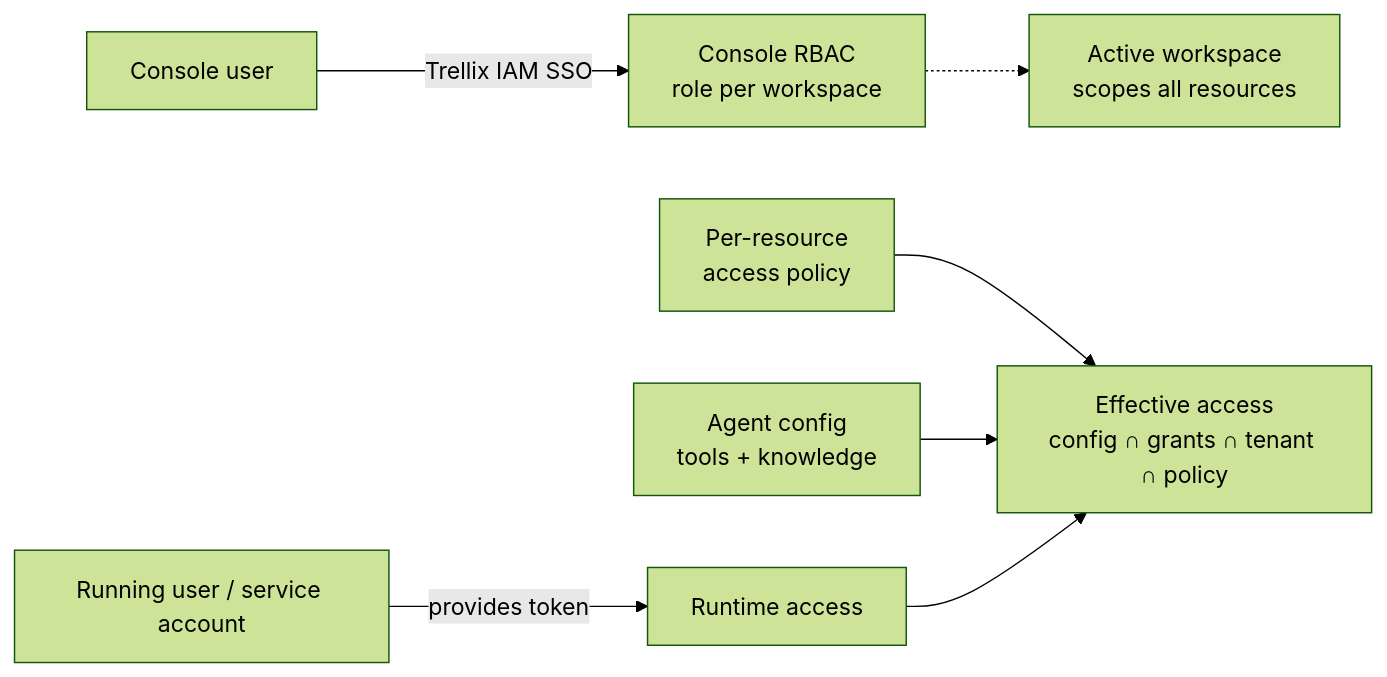
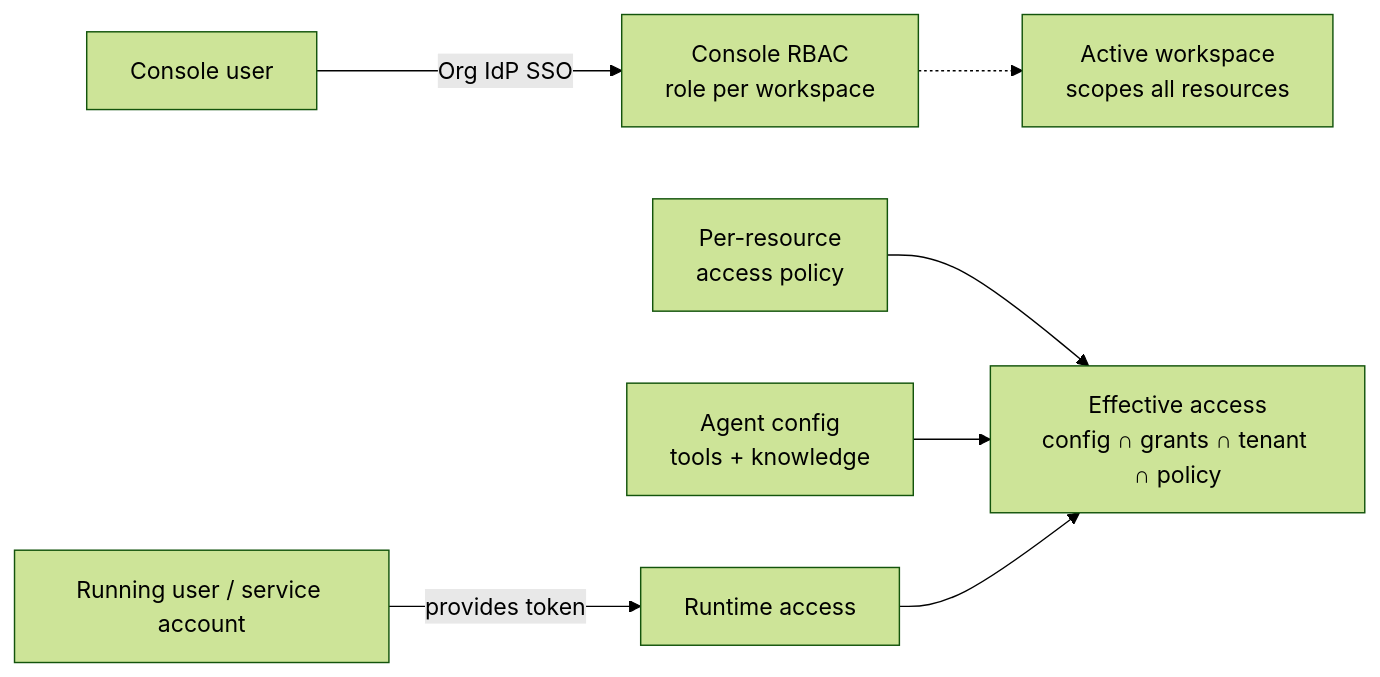
Before and after one commit to gargraman/agent-catalyst: the first of 2 diagrams in docs/frontend-auth-access-plan.md, drawn with Mermaid (forest theme). The commit also changed other lines of this file and 7 other files, not shown here.

````diff
--- a/docs/frontend-auth-access-plan.md
+++ b/docs/frontend-auth-access-plan.md
@@ -52,9 +32,9 @@
 ```mermaid
 flowchart LR
-  CU[Console user] -->|Trellix IAM SSO| C[Console RBAC<br/>role per workspace]
+  CU[Console user] -->|Org IdP SSO| C[Console RBAC<br/>role per workspace]
   RU[Running user / service account] -->|provides token| RT[Runtime access]
   POL[Per-resource<br/>access policy] --> EFF
   AG[Agent config<br/>tools + knowledge] --> EFF
   RT --> EFF[Effective access<br/>config ∩ grants ∩ tenant ∩ policy]
   C -.-> WS[Active workspace<br/>scopes all resources]
 ```
````
